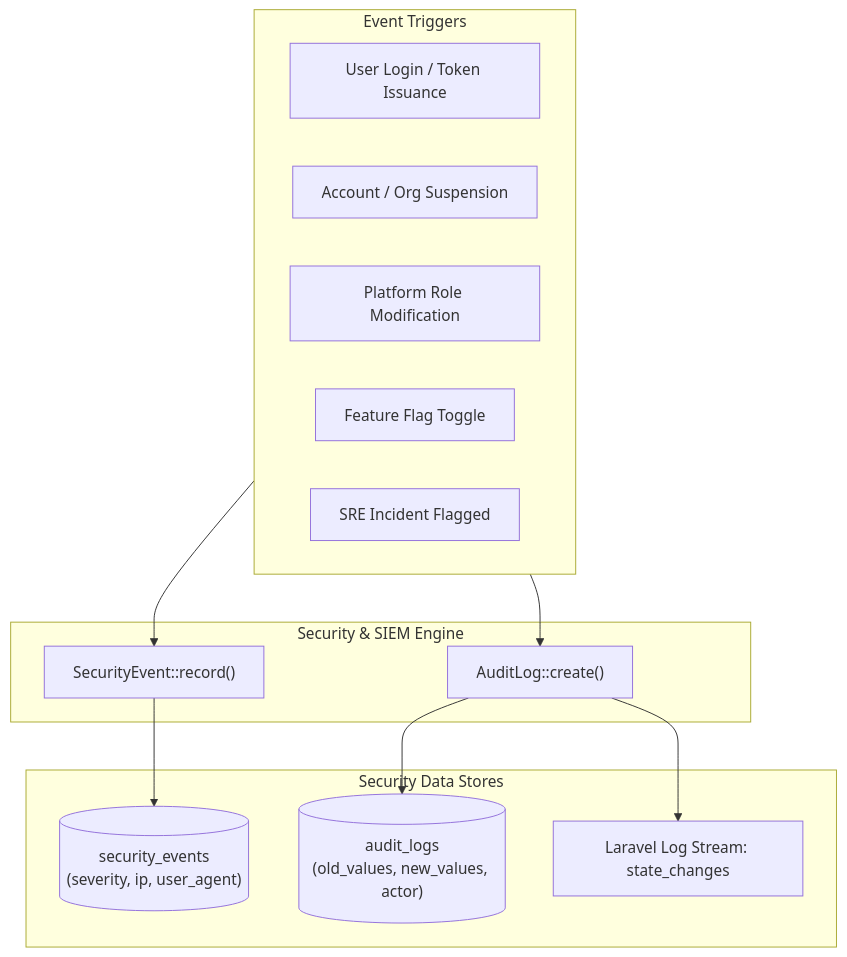
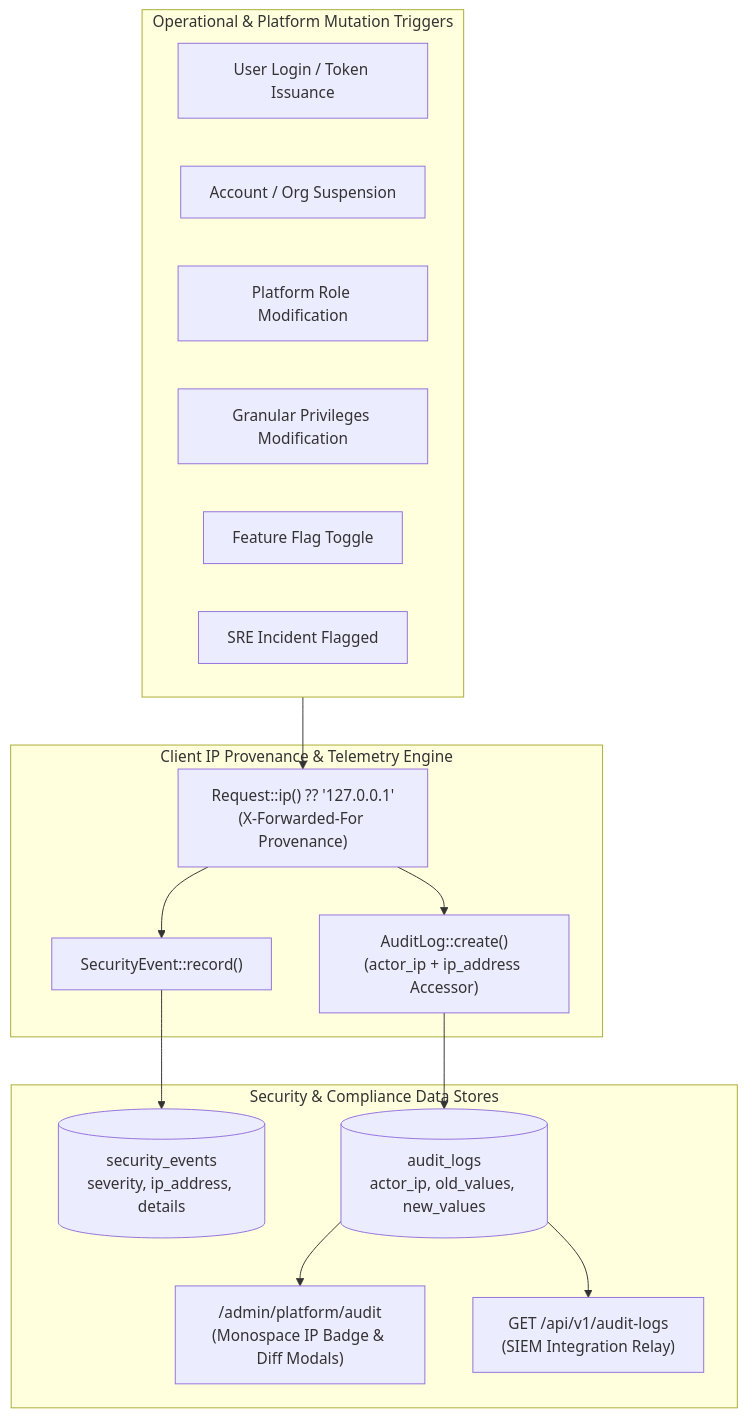
The fifth of 7 diagrams in docs/architecture/saas-control-plane-architecture.md (mhiskall282/npontu-technologies-sre), drawn with Mermaid before and after one commit. The commit also changed other lines of this file and 17 other files, not shown here.

Commit message:
feat: resolve audit IP display, expand user privileges to 18 items, add privilege management endpoints, and update architecture docs and diagrams

````diff
--- a/docs/architecture/saas-control-plane-architecture.md
+++ b/docs/architecture/saas-control-plane-architecture.md
@@ -151,28 +151,33 @@
 ```mermaid
 flowchart TD
-    subgraph TriggerPoints["Event Triggers"]
+    subgraph TriggerPoints["Operational & Platform Mutation Triggers"]
         LoginEvent["User Login / Token Issuance"]
         SuspensionEvent["Account / Org Suspension"]
         RoleChangeEvent["Platform Role Modification"]
+        PrivilegeUpdate["Granular Privileges Modification"]
         FlagEvent["Feature Flag Toggle"]
         IncidentEscalation["SRE Incident Flagged"]
     end
 
-    subgraph TelemetryEngine["Security & SIEM Engine"]
+    subgraph ProvenanceEngine["Client IP Provenance & Telemetry Engine"]
+        IPExtractor["Request::ip() ?? '127.0.0.1'<br/>(X-Forwarded-For Provenance)"]
         SIEMRecorder["SecurityEvent::record()"]
-        AuditRecorder["AuditLog::create()"]
+        AuditRecorder["AuditLog::create()<br/>(actor_ip + ip_address Accessor)"]
     end
 
-    subgraph PersistentLogs["Security Data Stores"]
-        SecurityTable[("security_events<br/>(severity, ip, user_agent)")]
-        AuditTable[("audit_logs<br/>(old_values, new_values, actor)")]
-        LogChannel["Laravel Log Stream: state_changes"]
+    subgraph PersistentLogs["Security & Compliance Data Stores"]
+        SecurityTable[("security_events<br/>severity, ip_address, details")]
+        AuditTable[("audit_logs<br/>actor_ip, old_values, new_values")]
+        ControlPlaneAuditView["/admin/platform/audit<br/>(Monospace IP Badge & Diff Modals)"]
+        AuditAPI["GET /api/v1/audit-logs<br/>(SIEM Integration Relay)"]
     end
 
-    TriggerPoints --> SIEMRecorder
-    TriggerPoints --> AuditRecorder
+    TriggerPoints --> IPExtractor
+    IPExtractor --> SIEMRecorder
+    IPExtractor --> AuditRecorder
 
     SIEMRecorder --> SecurityTable
     AuditRecorder --> AuditTable
-    AuditRecorder --> LogChannel
+    AuditTable --> ControlPlaneAuditView
+    AuditTable --> AuditAPI
 ```
````
